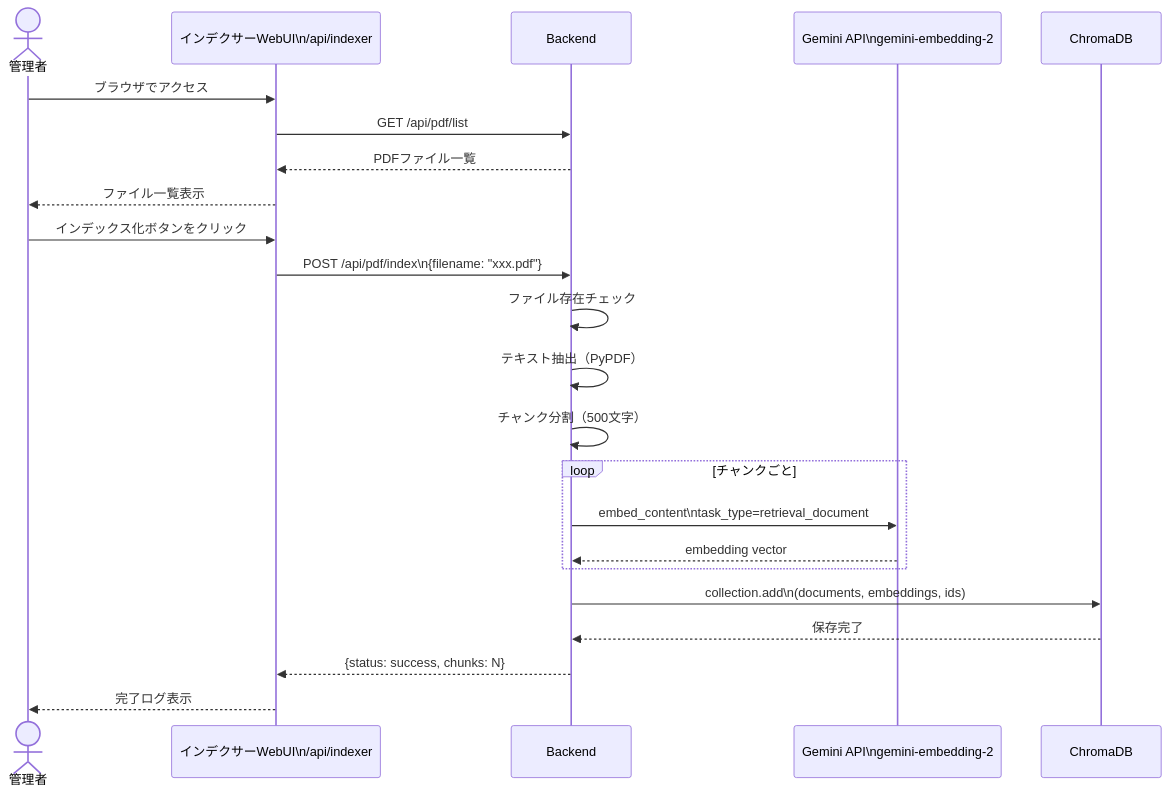
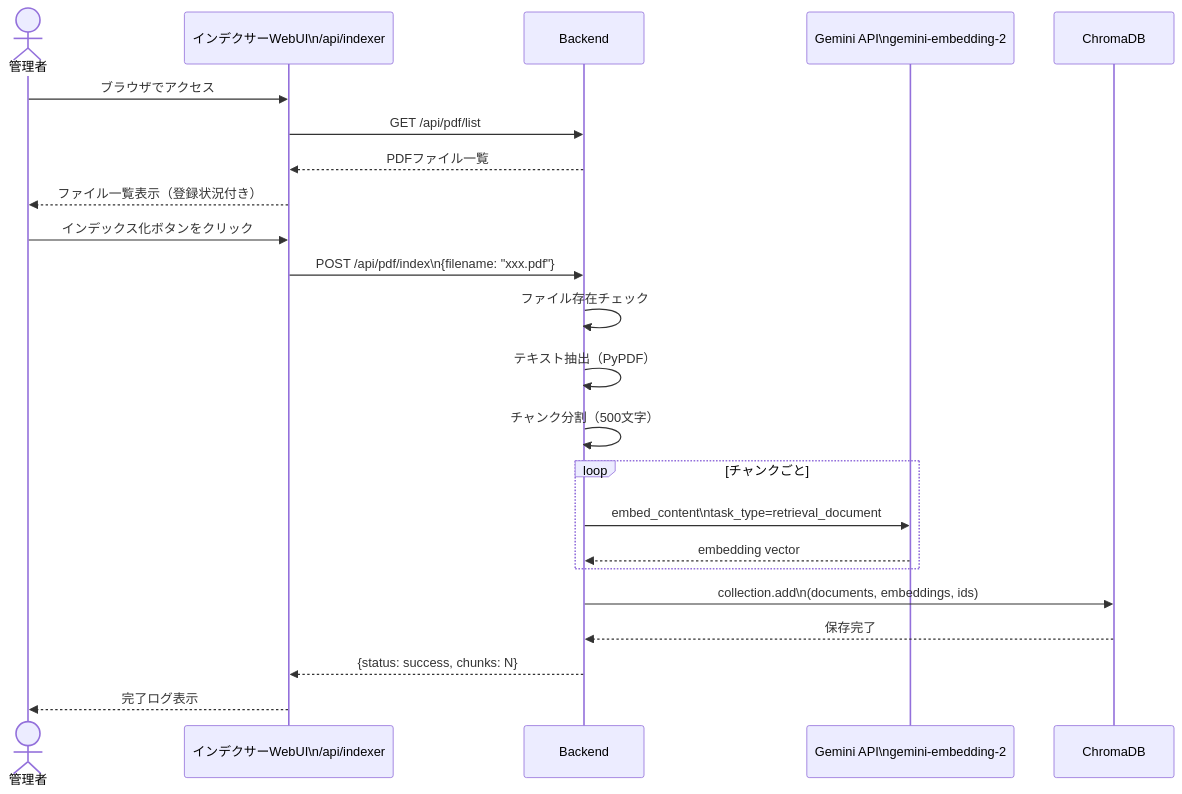
One commit to redmine54/ai_chat changed the second of 6 diagrams in docs/design/sequence_diagrams.md. Above: the diagram before and after it, drawn with Mermaid. The commit also changed other lines of this file and 13 other files, not shown here.

````diff
--- a/docs/design/sequence_diagrams.md
+++ b/docs/design/sequence_diagrams.md
@@ -31,27 +31,27 @@
 ```mermaid
 sequenceDiagram
     actor Admin as 管理者
     participant UI as インデクサーWebUI\n/api/indexer
     participant BE as Backend
     participant Gemini as Gemini API\ngemini-embedding-2
     participant DB as ChromaDB
 
     Admin->>UI: ブラウザでアクセス
     UI->>BE: GET /api/pdf/list
     BE-->>UI: PDFファイル一覧
-    UI-->>Admin: ファイル一覧表示
+    UI-->>Admin: ファイル一覧表示（登録状況付き）
 
     Admin->>UI: インデックス化ボタンをクリック
     UI->>BE: POST /api/pdf/index\n{filename: "xxx.pdf"}
     BE->>BE: ファイル存在チェック
     BE->>BE: テキスト抽出（PyPDF）
     BE->>BE: チャンク分割（500文字）
     loop チャンクごと
         BE->>Gemini: embed_content\ntask_type=retrieval_document
         Gemini-->>BE: embedding vector
     end
     BE->>DB: collection.add\n(documents, embeddings, ids)
     DB-->>BE: 保存完了
     BE-->>UI: {status: success, chunks: N}
     UI-->>Admin: 完了ログ表示
 ```
````
